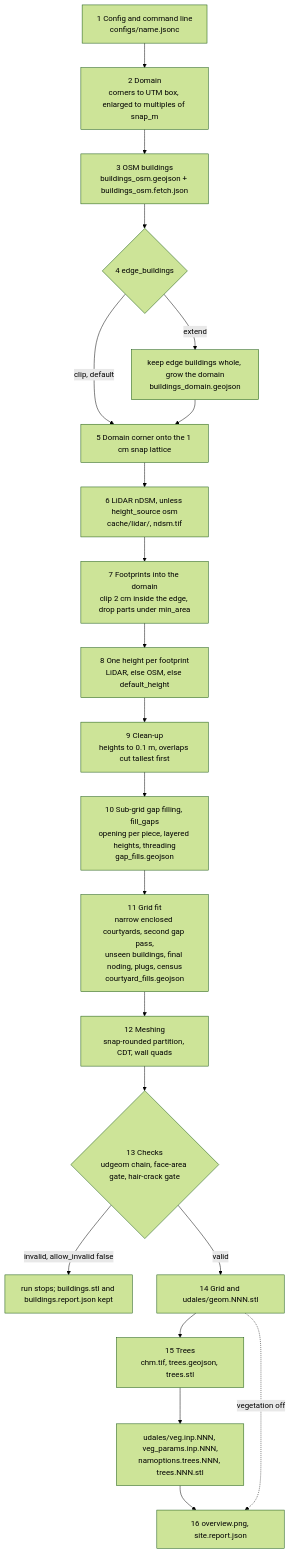
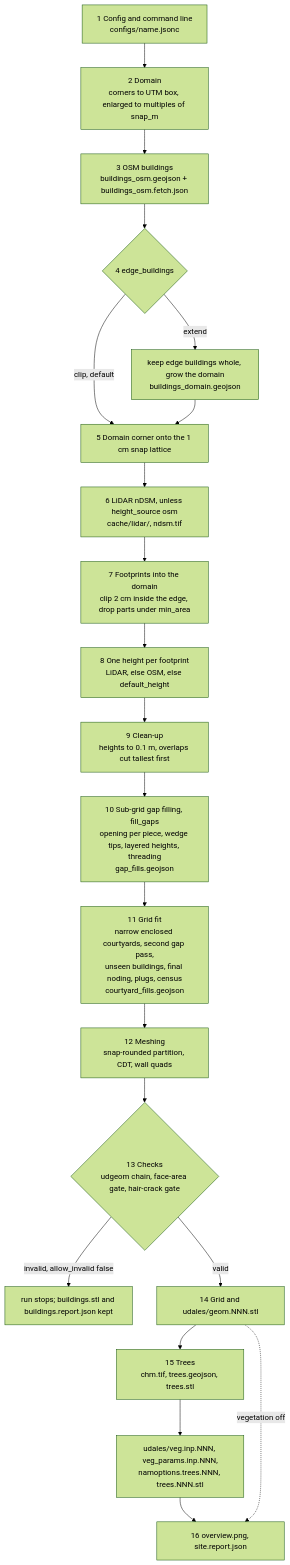
The diagram in AGENTS.md (SLT2k/uDALES_Geo), drawn with Mermaid (forest theme) before and after one commit. The commit also changed other lines of this file and 7 other files, not shown here.

First line of the commit message:
Fill wedge tips in gap filling; heights for tips, pockets and late tips

````diff
--- a/AGENTS.md
+++ b/AGENTS.md
@@ -243,23 +245,23 @@
 ```mermaid
 flowchart TD
     CFG["1 Config and command line<br/>configs/name.jsonc"] --> DOM["2 Domain<br/>corners to UTM box, enlarged to multiples of snap_m"]
     DOM --> OSM["3 OSM buildings<br/>buildings_osm.geojson + buildings_osm.fetch.json"]
     OSM --> EDGE{"4 edge_buildings"}
     EDGE -->|"clip, default"| LAT
     EDGE -->|"extend"| GROW["keep edge buildings whole, grow the domain<br/>buildings_domain.geojson"]
     GROW --> LAT["5 Domain corner onto the 1 cm snap lattice"]
     LAT --> LID["6 LiDAR nDSM, unless height_source osm<br/>cache/lidar/, ndsm.tif"]
     LID --> FP["7 Footprints into the domain<br/>clip 2 cm inside the edge, drop parts under min_area"]
     FP --> HGT["8 One height per footprint<br/>LiDAR, else OSM, else default_height"]
     HGT --> CLN["9 Clean-up<br/>heights to 0.1 m, overlaps cut tallest first"]
-    CLN --> GAP["10 Sub-grid gap filling, fill_gaps<br/>opening per piece, layered heights, threading<br/>gap_fills.geojson"]
+    CLN --> GAP["10 Sub-grid gap filling, fill_gaps<br/>opening per piece, wedge tips, layered heights, threading<br/>gap_fills.geojson"]
     GAP --> FIT["11 Grid fit<br/>narrow enclosed courtyards, second gap pass,<br/>unseen buildings, final noding, plugs, census<br/>courtyard_fills.geojson"]
     FIT --> MESH["12 Meshing<br/>snap-rounded partition, CDT, wall quads"]
     MESH --> CHK{"13 Checks<br/>udgeom chain, face-area gate, hair-crack gate"}
     CHK -->|"invalid, allow_invalid false"| STOP["run stops; buildings.stl and buildings.report.json kept"]
     CHK -->|"valid"| CASE["14 Grid and udales/geom.NNN.stl"]
     CASE --> VEG["15 Trees<br/>chm.tif, trees.geojson, trees.stl"]
     VEG --> VOX["udales/veg.inp.NNN, veg_params.inp.NNN,<br/>namoptions.trees.NNN, trees.NNN.stl"]
     VOX --> REP["16 overview.png, site.report.json"]
     CASE -.->|"vegetation off"| REP
 ```
````
